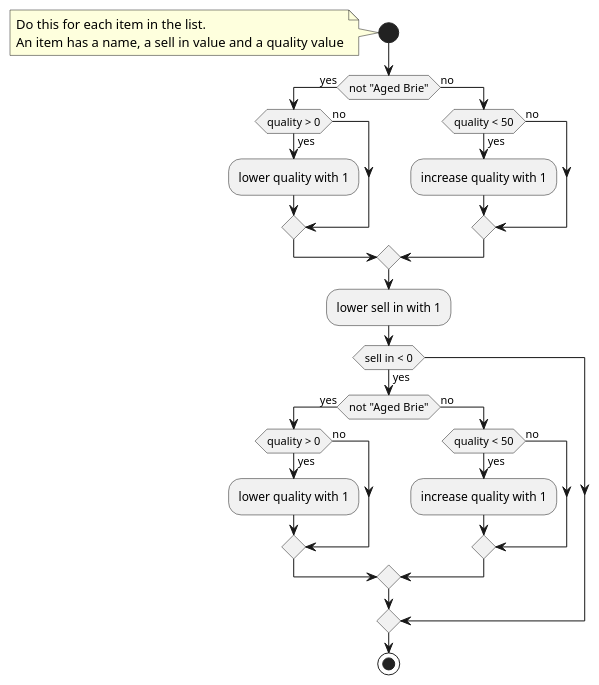
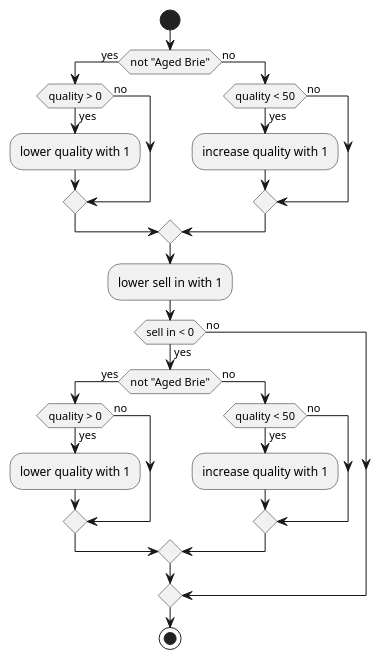
The diagram in plantuml/history/05_quality-max-50.puml (emilybache/GildedRose-Refactoring-Kata), drawn with PlantUML before and after one commit. The commit also changed 10 other files, not shown here.

```diff
--- a/plantuml/history/05_quality-max-50.puml
+++ b/plantuml/history/05_quality-max-50.puml
@@ -1,39 +1,38 @@
 @startuml
 
+skinparam backgroundColor transparent
+
 start
-note left
-    Do this for each item in the list.
-    An item has a name, a sell in value and a quality value
-end note
 
 if (not "Aged Brie") then (yes)
     if (quality > 0) then (yes)
         :lower quality with 1;
     else (no)
     endif
 else (no)
     if (quality < 50) then (yes)
         :increase quality with 1;
     else (no)
     endif
 endif
 
 :lower sell in with 1;
 
 if (sell in < 0) then (yes)
     if (not "Aged Brie") then (yes)
         if (quality > 0) then (yes)
             :lower quality with 1;
         else (no)
         endif
     else (no)
         if (quality < 50) then (yes)
             :increase quality with 1;
         else (no)
         endif
     endif
+    else (no)
 endif
 
 stop
 
 @enduml
```
